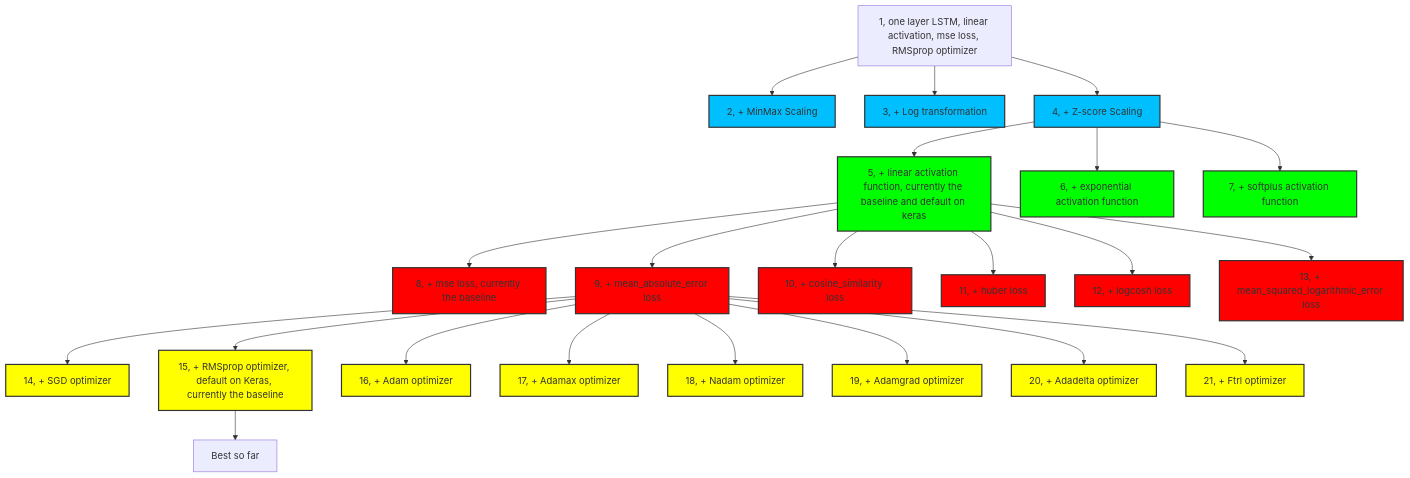
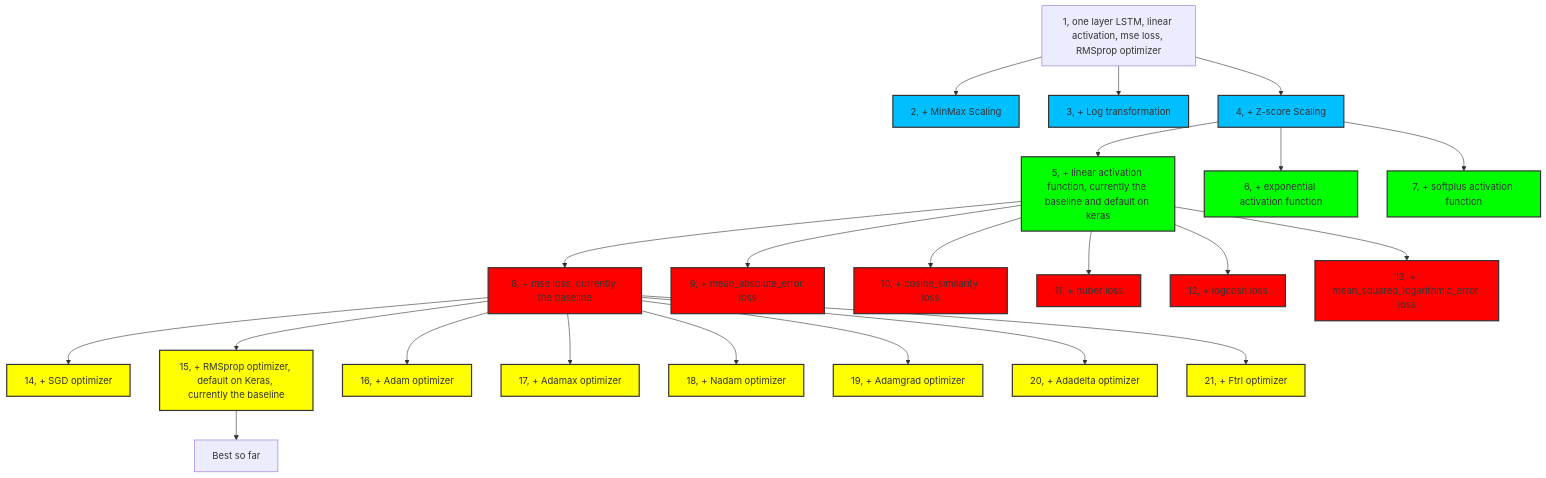
One commit to zihaozeng0021/currency-exchange-rate-forecasting changed the diagram in src/models/LSTM/LSTM_regressor/experiment_hierarchy.md. Above: the diagram before and after it, drawn with Mermaid. The commit also changed 18 other files, not shown here.

````diff
--- a/src/models/LSTM/LSTM_regressor/experiment_hierarchy.md
+++ b/src/models/LSTM/LSTM_regressor/experiment_hierarchy.md
@@ -1,38 +1,38 @@
 ```mermaid
 graph TD
     1[1, one layer LSTM, linear activation, mse loss, RMSprop optimizer] --> 2[2, + MinMax Scaling]
     1 --> 3[3, + Log transformation]
     1 --> 4[4, + Z-score Scaling]
     4 --> 5[5, + linear activation function, currently the baseline and default on keras]
     4 --> 6[6, + exponential activation function]
     4 --> 7[7, + softplus activation function]
     5 --> 8[8, + mse loss, currently the baseline]
     5 --> 9[9, + mean_absolute_error loss]
     5 --> 10[10, + cosine_similarity loss]
     5 --> 11[11, + huber loss]
     5 --> 12[12, + logcosh loss]
     5 --> 13[13, + mean_squared_logarithmic_error loss]
-    9 --> 14[14, + SGD optimizer]
-    9 --> 15[15, + RMSprop optimizer, default on Keras, currently the baseline]
-    9 --> 16[16, + Adam optimizer]
-    9 --> 17[17, + Adamax optimizer]
-    9 --> 18[18, + Nadam optimizer]
-    9 --> 19[19, + Adamgrad optimizer]
-    9 --> 20[20, + Adadelta optimizer]
-    9 --> 21[21, + Ftrl optimizer]
+    8 --> 14[14, + SGD optimizer]
+    8 --> 15[15, + RMSprop optimizer, default on Keras, currently the baseline]
+    8 --> 16[16, + Adam optimizer]
+    8 --> 17[17, + Adamax optimizer]
+    8 --> 18[18, + Nadam optimizer]
+    8 --> 19[19, + Adamgrad optimizer]
+    8 --> 20[20, + Adadelta optimizer]
+    8 --> 21[21, + Ftrl optimizer]
     15 --> 22[Best so far]
     
     
     classDef brightBlue fill:#00BFFF,stroke:#333,stroke-width:2px;
     class 2,3,4 brightBlue;
     
     classDef brightGreen fill:#00FF00,stroke:#333,stroke-width:2px;
     class 5,6,7 brightGreen;
     
     classDef brightRed fill:#FF0000,stroke:#333,stroke-width:2px;
     class 8,9,10,11,12,13 brightRed;
     
     classDef brightYellow fill:#FFFF00,stroke:#333,stroke-width:2px;
     class 14,15,16,17,18,19,20,21 brightYellow;
     
 ```
````
